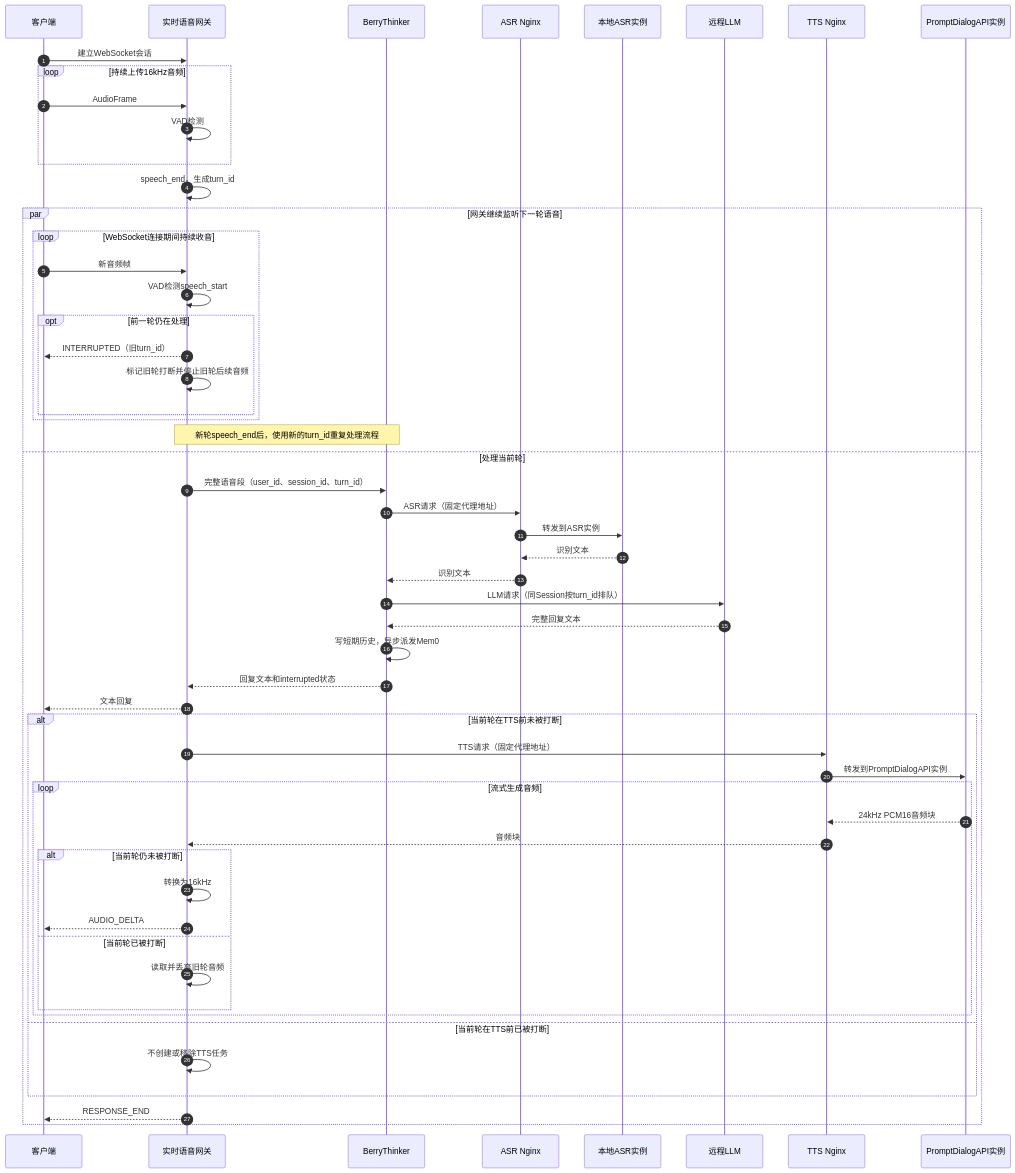
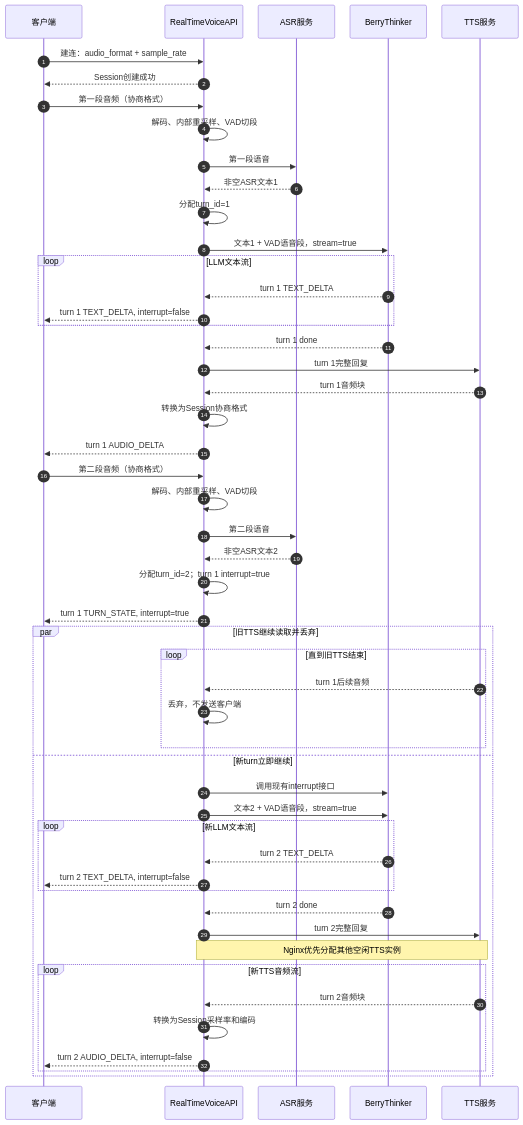
One commit to JetChennn/RealTimeVoiceApi changed the fourth of 4 diagrams in README.md. Above: the diagram before and after it, drawn with Mermaid. The commit also changed other lines of this file, not shown here.

Commit message:
docs: redesign realtime voice API architecture

````diff
--- a/README.md
+++ b/README.md
@@ -35,60 +244,58 @@
 ```mermaid
+%%{init: {"sequence": {"useMaxWidth": true, "actorMargin": 30, "messageMargin": 18}, "themeVariables": {"fontSize": "14px"}}}%%
 sequenceDiagram
     autonumber
     participant C as 客户端
-    participant G as 实时语音网关
+    participant G as RealTimeVoiceAPI
+    participant A as ASR服务
     participant B as BerryThinker
-    participant AN as ASR Nginx
-    participant A as 本地ASR实例
-    participant L as 远程LLM
-    participant TN as TTS Nginx
-    participant T as PromptDialogAPI实例
+    participant T as TTS服务
 
-    C->>G: 建立WebSocket会话
-    loop 持续上传16kHz音频
-        C->>G: AudioFrame
-        G->>G: VAD检测
+    C->>G: 建连：audio_format + sample_rate
+    G-->>C: Session创建成功
+
+    C->>G: 第一段音频（协商格式）
+    G->>G: 解码、内部重采样、VAD切段
+    G->>A: 第一段语音
+    A-->>G: 非空ASR文本1
+    G->>G: 分配turn_id=1
+    G->>B: 文本1 + VAD语音段，stream=true
+    loop LLM文本流
+        B-->>G: turn 1 TEXT_DELTA
+        G-->>C: turn 1 TEXT_DELTA, interrupt=false
     end
-    G->>G: speech_end，生成turn_id
+    B-->>G: turn 1 done
+    G->>T: turn 1完整回复
+    T-->>G: turn 1音频块
+    G->>G: 转换为Session协商格式
+    G-->>C: turn 1 AUDIO_DELTA
 
-    par 网关继续监听下一轮语音
-        loop WebSocket连接期间持续收音
-            C->>G: 新音频帧
-            G->>G: VAD检测speech_start
-            opt 前一轮仍在处理
-                G-->>C: INTERRUPTED（旧turn_id）
-                G->>G: 标记旧轮打断并停止旧轮后续音频
-            end
+    C->>G: 第二段音频（协商格式）
+    G->>G: 解码、内部重采样、VAD切段
+    G->>A: 第二段语音
+    A-->>G: 非空ASR文本2
+    G->>G: 分配turn_id=2；turn 1 interrupt=true
+    G-->>C: turn 1 TURN_STATE, interrupt=true
+
+    par 旧TTS继续读取并丢弃
+        loop 直到旧TTS结束
+            T-->>G: turn 1后续音频
+            G->>G: 丢弃，不发送客户端
         end
-        Note over G,B: 新轮speech_end后，使用新的turn_id重复处理流程
-    and 处理当前轮
-        G->>B: 完整语音段（user_id、session_id、turn_id）
-        B->>AN: ASR请求（固定代理地址）
-        AN->>A: 转发到ASR实例
-        A-->>AN: 识别文本
-        AN-->>B: 识别文本
-        B->>L: LLM请求（同Session按turn_id排队）
-        L-->>B: 完整回复文本
-        B->>B: 写短期历史，异步派发Mem0
-        B-->>G: 回复文本和interrupted状态
-        G-->>C: 文本回复
-
-        alt 当前轮在TTS前未被打断
-            G->>TN: TTS请求（固定代理地址）
-            TN->>T: 转发到PromptDialogAPI实例
-            loop 流式生成音频
-                T-->>TN: 24kHz PCM16音频块
-                TN-->>G: 音频块
-                alt 当前轮仍未被打断
-                    G->>G: 转换为16kHz
-                    G-->>C: AUDIO_DELTA
-                else 当前轮已被打断
-                    G->>G: 读取并丢弃旧轮音频
-                end
-            end
-        else 当前轮在TTS前已被打断
-            G->>G: 不创建或移除TTS任务
+    and 新turn立即继续
+        G->>B: 调用现有interrupt接口
+        G->>B: 文本2 + VAD语音段，stream=true
+        loop 新LLM文本流
+            B-->>G: turn 2 TEXT_DELTA
+            G-->>C: turn 2 TEXT_DELTA, interrupt=false
         end
-        G-->>C: RESPONSE_END
+        B-->>G: turn 2 done
+        G->>T: turn 2完整回复
+        Note over G,T: Nginx优先分配其他空闲TTS实例
+        loop 新TTS音频流
+            T-->>G: turn 2音频块
+            G->>G: 转换为Session采样率和编码
+            G-->>C: turn 2 AUDIO_DELTA, interrupt=false
+        end
     end
 ```
````
